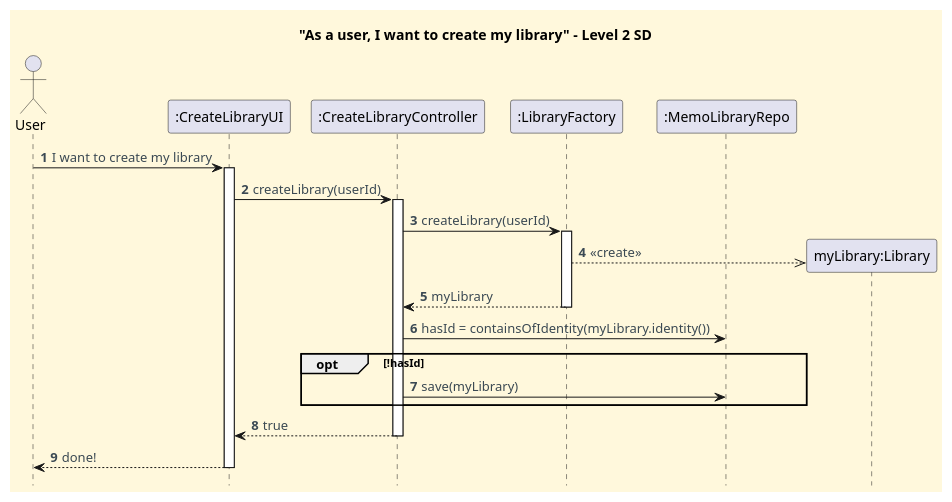
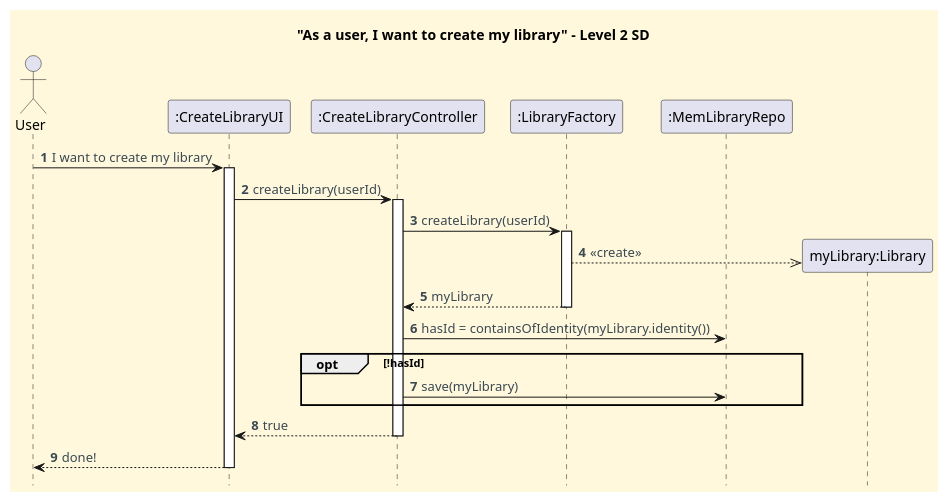
One commit to CarolinaLeite-collab/JavaMarketplacePlatform changed the diagram in docs/functionalities/user/create-my-library/Create_My_Library_SD.puml. Above: the diagram before and after it, drawn with PlantUML. The commit also changed 4 other files, not shown here.

```diff
--- a/docs/functionalities/user/create-my-library/Create_My_Library_SD.puml
+++ b/docs/functionalities/user/create-my-library/Create_My_Library_SD.puml
@@ -1,52 +1,52 @@
 @startuml
 title "As a user, I want to create my library" - Level 2 SD
 hidefootbox
 
 '==== basic style ====
 skinparam monochrome false
 skinparam shadowing false
 skinparam defaultFontName Futura
 skinparam objectFontSize 20
 skinparam backgroundColor CornSilk
 skinparam objectBackgroundColor WhiteSmoke
 skinparam noteBackgroundColor #FFFFE0
 skinparam ArrowFontColor #3B4953
 skinparam ActivationBackgroundColor black
 
 autonumber
 autoactivate off
 
 ' --- Actor and participants ---
 actor User
 participant ":CreateLibraryUI" as UI
 participant ":CreateLibraryController" as CTL
 participant ":LibraryFactory" as LF
-participant ":MemoLibraryRepo" as LR
+participant ":MemLibraryRepo" as LR
 
 User -> UI: I want to create my library
 activate UI
 
 UI -> CTL: createLibrary(userId)
 activate CTL
 
 CTL -> LF: createLibrary(userId)
 activate LF
 create "myLibrary:Library"
 LF -->> "myLibrary:Library": <<create>>
 LF --> CTL: myLibrary
 deactivate LF
 
 CTL -> LR : hasId = containsOfIdentity(myLibrary.identity())
 
     opt !hasId
     CTL -> LR: save(myLibrary)
 
     end
 
 CTL --> UI: true
 deactivate CTL
 
 UI --> User: done!
 deactivate UI
 
 @enduml
```
